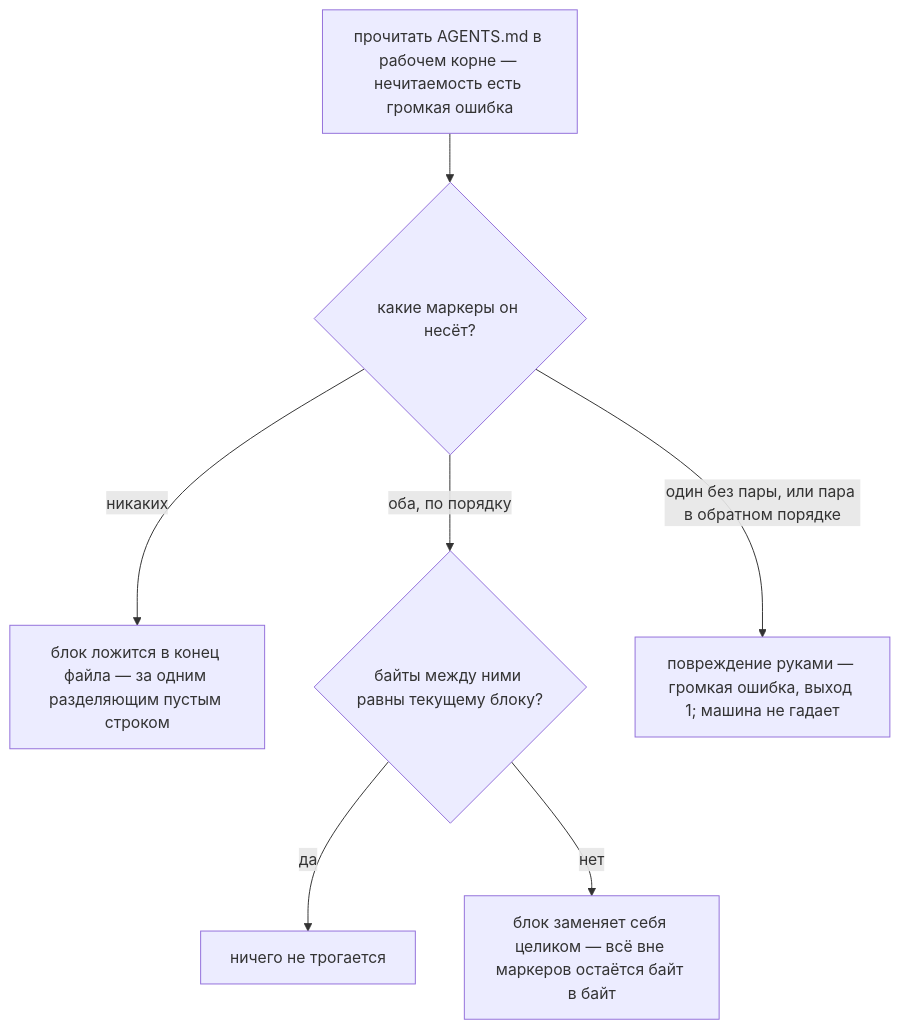
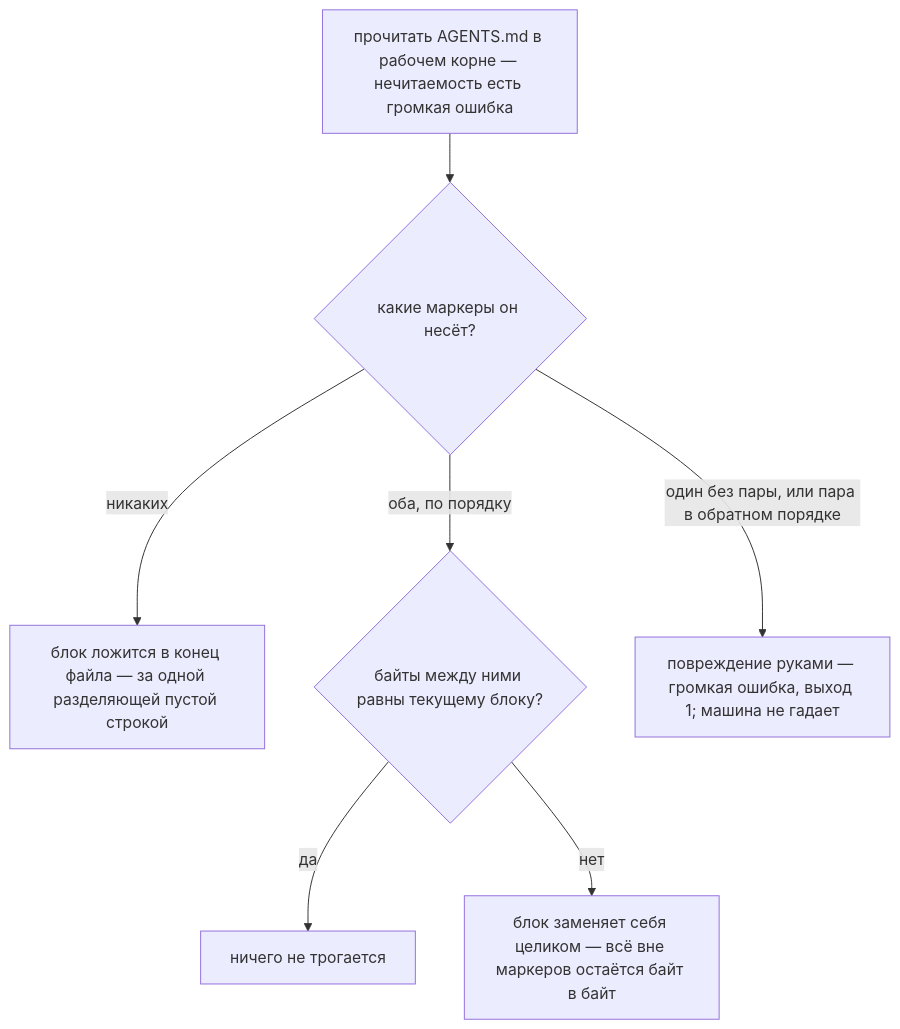
Before and after one commit to neurophant/punchtape: the eighth of 9 diagrams in docs/ARCHITECTURE.ru.md, drawn with Mermaid. The commit also changed other lines of this file and 195 other files, not shown here.

````diff
--- a/docs/ARCHITECTURE.ru.md
+++ b/docs/ARCHITECTURE.ru.md
@@ -731,9 +733,9 @@
 ```mermaid
 flowchart TD
     R["прочитать AGENTS.md в рабочем корне — нечитаемость есть громкая ошибка"] --> M{"какие маркеры он несёт?"}
-    M -- "никаких" --> APP["блок ложится в конец файла — за одним разделяющим пустым строком"]
+    M -- "никаких" --> APP["блок ложится в конец файла — за одной разделяющей пустой строкой"]
     M -- "оба, по порядку" --> EQ{"байты между ними равны текущему блоку?"}
     EQ -- "да" --> NOP["ничего не трогается"]
     EQ -- "нет" --> REP["блок заменяет себя целиком — всё вне маркеров остаётся байт в байт"]
     M -- "один без пары, или пара в обратном порядке" --> ERR["повреждение руками — громкая ошибка, выход 1; машина не гадает"]
 ```
````
